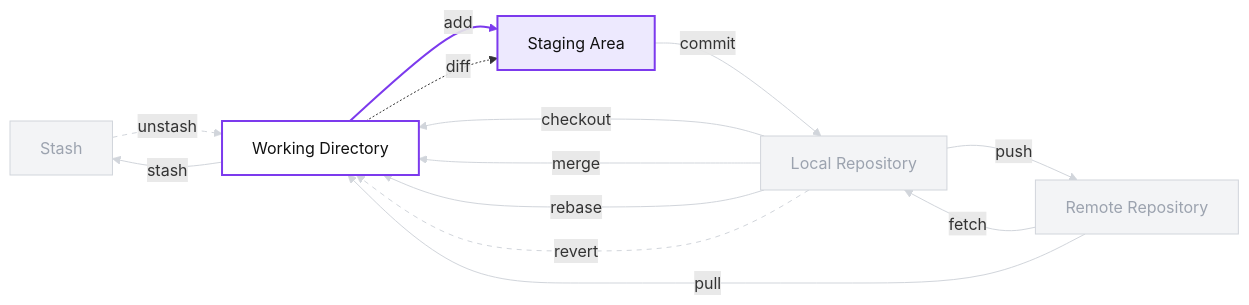
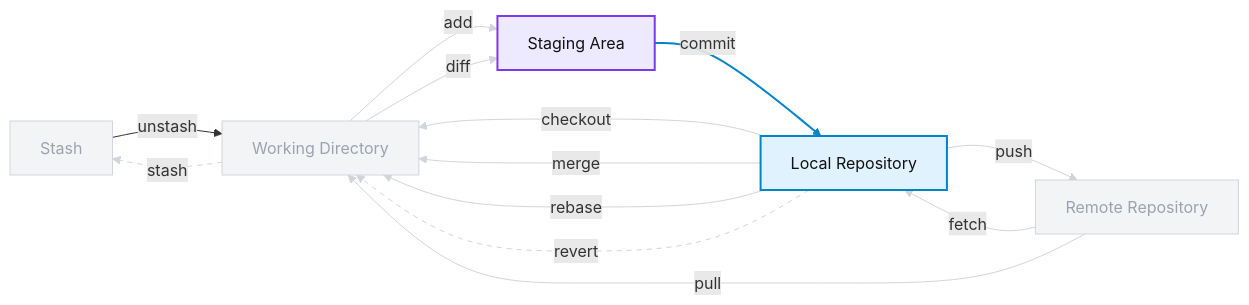
One commit to iannickgagnon/sagedays_iannick_2026 changed the fifth of 6 diagrams in git_1/README.md. Above: the diagram before and after it, drawn with Mermaid. The commit also changed other lines of this file, not shown here.

Commit message:
docs: Update colors in diagrams; Add git push diagram

````diff
--- a/git_1/README.md
+++ b/git_1/README.md
@@ -178,40 +288,40 @@
 ```mermaid
 flowchart LR
 
-    classDef active fill:#ede9fe,stroke:#7c3aed,stroke-width:2px,color:#111111;
-    classDef activeWork fill:#ffffff,stroke:#7c3aed,stroke-width:2px,color:#111111;
     classDef faded fill:#f3f4f6,stroke:#d1d5db,stroke-width:1px,color:#9ca3af;
+    classDef stage fill:#ede9fe,stroke:#7c3aed,stroke-width:2px,color:#111111;
+    classDef local fill:#e0f2fe,stroke:#0284c7,stroke-width:2px,color:#111111;
 
     ST[Stash]:::faded
-    WD[Working Directory]:::activeWork
-    SA[Staging Area]:::active
-    LR[Local Repository]:::faded
+    WD[Working Directory]:::faded
+    SA[Staging Area]:::stage
+    LR[Local Repository]:::local
     RR[Remote Repository]:::faded
 
+    SA -->|commit| LR
+
     WD -->|add| SA
-
-    WD -->|stash| ST
-    ST -->|unstash| WD
-    SA -->|commit| LR
     LR -->|push| RR
     RR -->|fetch| LR
     RR -->|pull| WD
     LR -->|checkout| WD
     LR -->|merge| WD
     LR -->|rebase| WD
     LR -->|revert| WD
-    WD -.->|diff| SA
+    WD -->|diff| SA
+    WD -->|stash| ST
+    ST -->|unstash| WD
 
-    linkStyle 0 stroke:#7c3aed,stroke-width:2px;
+    linkStyle 0 stroke:#0284c7,stroke-width:2px;
 
     linkStyle 1 stroke:#d1d5db,stroke-width:1px;
-    linkStyle 2 stroke:#d1d5db,stroke-width:1px,stroke-dasharray: 5 5;
+    linkStyle 2 stroke:#d1d5db,stroke-width:1px;
     linkStyle 3 stroke:#d1d5db,stroke-width:1px;
     linkStyle 4 stroke:#d1d5db,stroke-width:1px;
     linkStyle 5 stroke:#d1d5db,stroke-width:1px;
     linkStyle 6 stroke:#d1d5db,stroke-width:1px;
     linkStyle 7 stroke:#d1d5db,stroke-width:1px;
-    linkStyle 8 stroke:#d1d5db,stroke-width:1px;
+    linkStyle 8 stroke:#d1d5db,stroke-width:1px,stroke-dasharray: 5 5;
     linkStyle 9 stroke:#d1d5db,stroke-width:1px;
     linkStyle 10 stroke:#d1d5db,stroke-width:1px,stroke-dasharray: 5 5;
 ```
````
